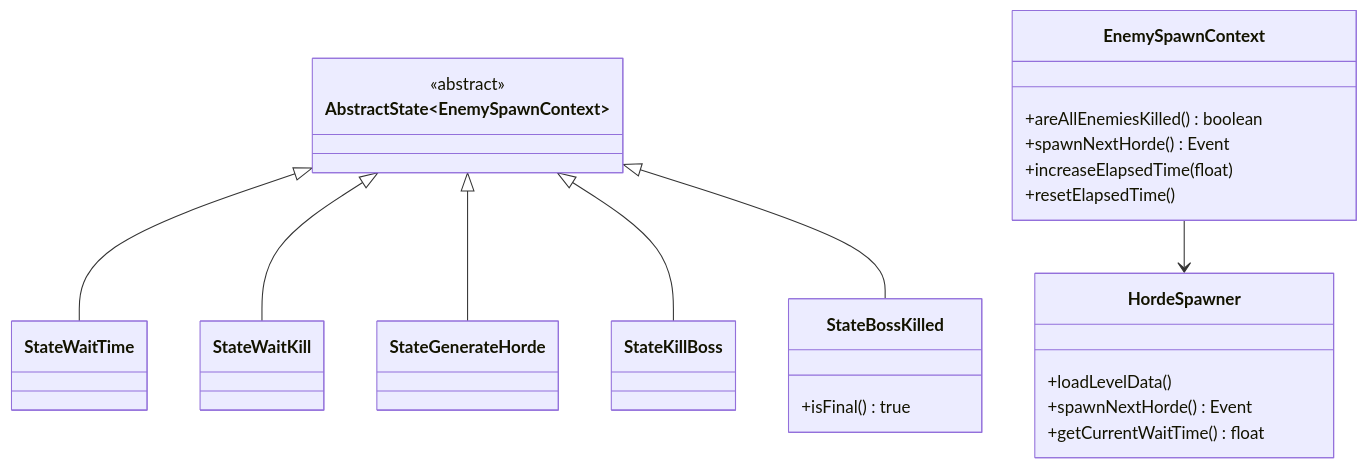
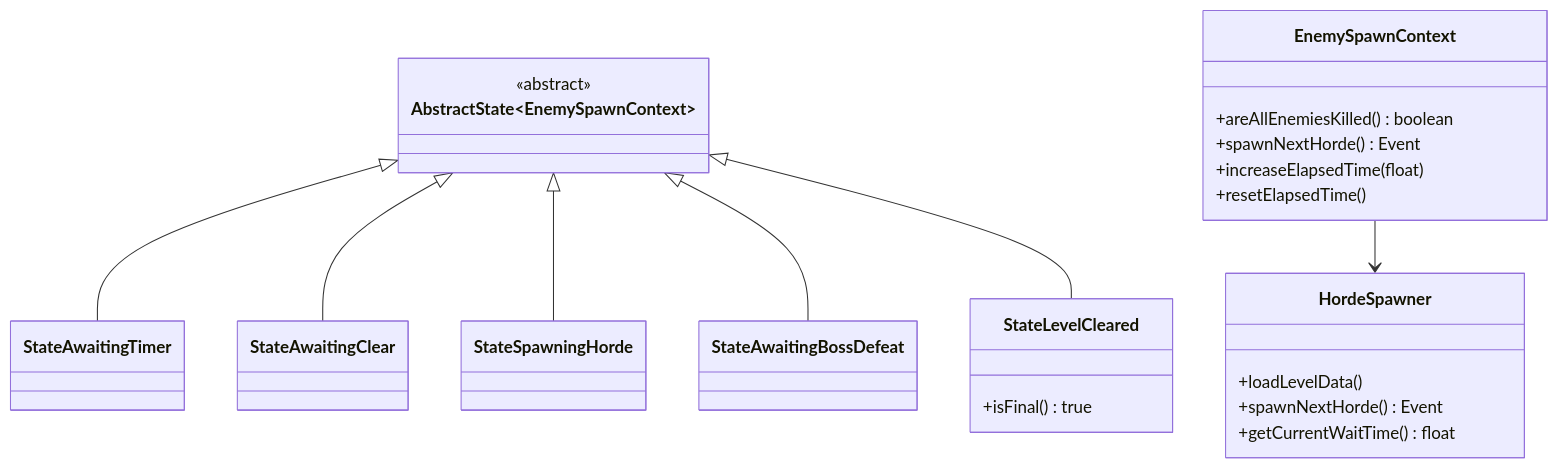
One commit to alesky78/TigerSupply changed the fifth of 7 diagrams in documentation/subsystems/enemy-spawn-lifecycle/index.md. Above: the diagram before and after it, drawn with Mermaid. The commit also changed other lines of this file and 17 other files, not shown here.

First line of the commit message:
feat: rename enemy spawn FSM states and events for clarity

````diff
--- a/documentation/subsystems/enemy-spawn-lifecycle/index.md
+++ b/documentation/subsystems/enemy-spawn-lifecycle/index.md
@@ -258,30 +258,30 @@
 ```mermaid
 classDiagram
     class AbstractState~EnemySpawnContext~ {
         <<abstract>>
     }
-    class StateWaitTime
-    class StateWaitKill
-    class StateGenerateHorde
-    class StateKillBoss
-    class StateBossKilled {
+    class StateAwaitingTimer
+    class StateAwaitingClear
+    class StateSpawningHorde
+    class StateAwaitingBossDefeat
+    class StateLevelCleared {
         +isFinal() true
     }
     class EnemySpawnContext {
         +areAllEnemiesKilled() boolean
         +spawnNextHorde() Event
         +increaseElapsedTime(float)
         +resetElapsedTime()
     }
     class HordeSpawner {
         +loadLevelData()
         +spawnNextHorde() Event
         +getCurrentWaitTime() float
     }
-    AbstractState~EnemySpawnContext~ <|-- StateWaitTime
-    AbstractState~EnemySpawnContext~ <|-- StateWaitKill
-    AbstractState~EnemySpawnContext~ <|-- StateGenerateHorde
-    AbstractState~EnemySpawnContext~ <|-- StateKillBoss
-    AbstractState~EnemySpawnContext~ <|-- StateBossKilled
+    AbstractState~EnemySpawnContext~ <|-- StateAwaitingTimer
+    AbstractState~EnemySpawnContext~ <|-- StateAwaitingClear
+    AbstractState~EnemySpawnContext~ <|-- StateSpawningHorde
+    AbstractState~EnemySpawnContext~ <|-- StateAwaitingBossDefeat
+    AbstractState~EnemySpawnContext~ <|-- StateLevelCleared
     EnemySpawnContext --> HordeSpawner
 ```
````
